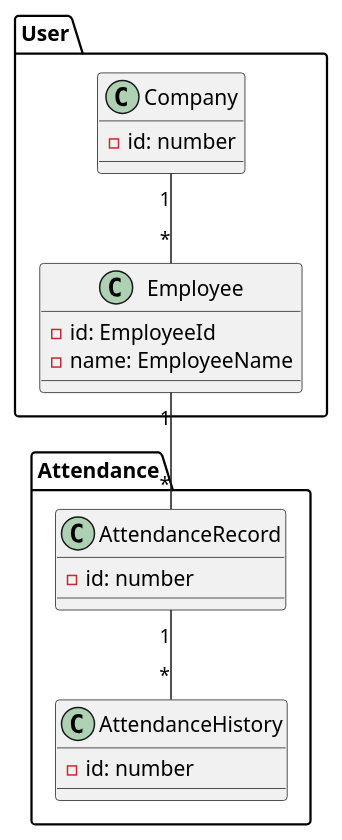
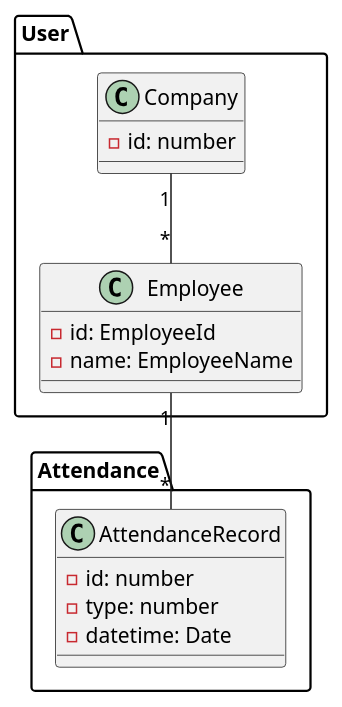
Before and after one commit to sugiwa/ddd-attendance-record: the diagram in docs/model.pu, drawn with PlantUML.

```diff
--- a/docs/model.pu
+++ b/docs/model.pu
@@ -1,28 +1,25 @@
 @startuml
 
 package User {
     class Employee {
         - id: EmployeeId
         - name: EmployeeName
     }
 
     class Company {
         - id: number
     }
     Company "1"--"*" Employee
 }
 
 package Attendance {
     class AttendanceRecord {
         - id: number
-    }
-
-    class AttendanceHistory {
-        - id: number
+        - type: number
+        - datetime: Date
     }
 
     Employee "1"--"*" AttendanceRecord
-    AttendanceRecord "1"--"*" AttendanceHistory
 }
 
 @enduml
```
